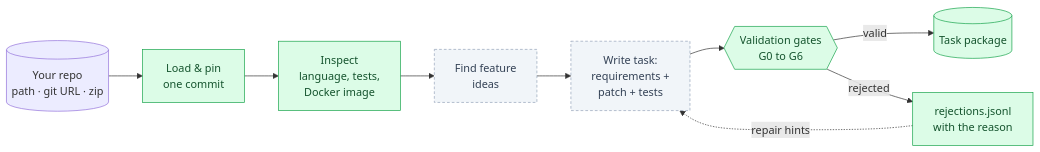
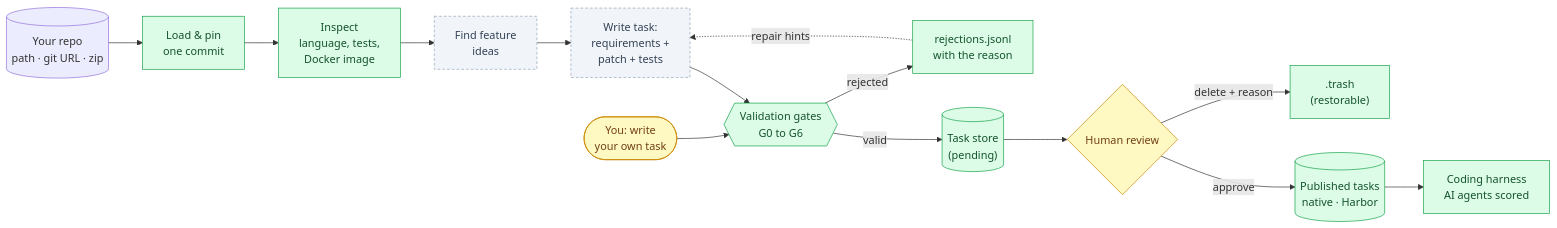
One commit to sreenivasivbieb/task-factory changed the first of 6 diagrams in README.md. Above: the diagram before and after it, drawn with Mermaid. The commit also changed other lines of this file and 25 other files, not shown here.

First line of the commit message:
Human review, own tasks, coding harness and Harbor export

````diff
--- a/README.md
+++ b/README.md
@@ -27,16 +27,23 @@
 ```mermaid
 flowchart LR
     R[("Your repo<br/>path · git URL · zip")] --> L[Load & pin<br/>one commit]
     L --> I[Inspect<br/>language, tests,<br/>Docker image]
     I --> F[Find feature<br/>ideas]
     F --> G[Write task:<br/>requirements +<br/>patch + tests]
+    YOU(["You: write<br/>your own task"]) --> V
     G --> V{{"Validation gates<br/>G0 to G6"}}
-    V -- valid --> P[("Task package")]
     V -- rejected --> X[rejections.jsonl<br/>with the reason]
-    X -. repair hints .-> G
+    X -.->|repair hints| G
+    V -- valid --> S[("Task store<br/>(pending)")]
+    S --> H{"Human review"}
+    H -- delete + reason --> T[".trash<br/>(restorable)"]
+    H -- approve --> P[("Published tasks<br/>native · Harbor")]
+    P --> B["Coding harness<br/>AI agents scored"]
 
     classDef done fill:#dcfce7,stroke:#16a34a,color:#14532d;
     classDef next fill:#f1f5f9,stroke:#94a3b8,color:#334155,stroke-dasharray: 4 3;
-    class L,I,V,P,X done;
+    classDef human fill:#fef9c3,stroke:#ca8a04,color:#713f12;
+    class L,I,V,X,S,T,P,B done;
     class F,G next;
+    class YOU,H human;
 ```
````
